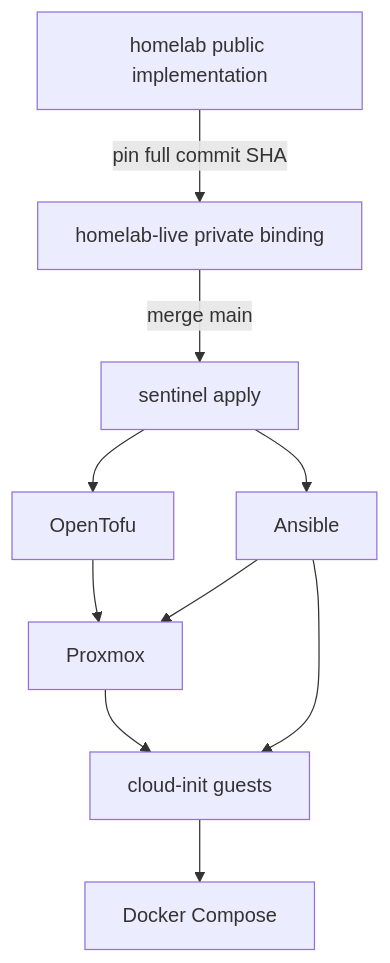
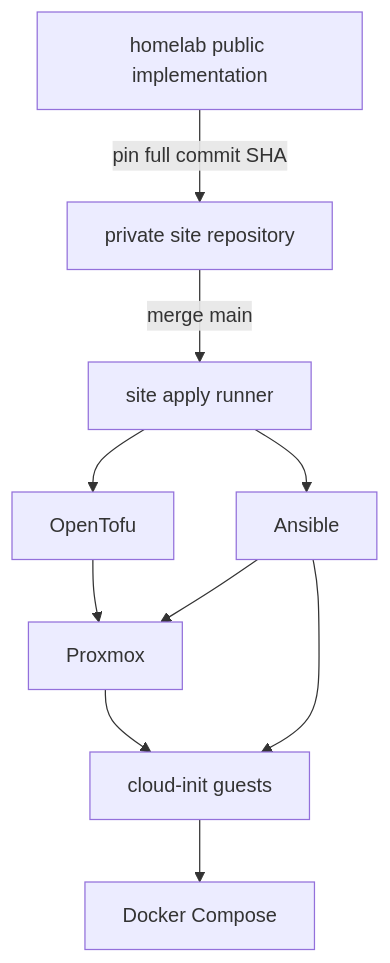
The diagram in README.md (herickmotta/homelab), drawn with Mermaid before and after one commit. The commit also changed other lines of this file and 4 other files, not shown here.

First line of the commit message:
Describe a generic private site repo in public docs.

````diff
--- a/README.md
+++ b/README.md
@@ -16,12 +15,12 @@
 ```mermaid
 flowchart TD
-  public["homelab public implementation"] -->|"pin full commit SHA"| live["homelab-live private binding"]
-  live -->|"merge main"| sentinel["sentinel apply"]
+  public["homelab public implementation"] -->|"pin full commit SHA"| site["private site repository"]
+  site -->|"merge main"| sentinel["site apply runner"]
   sentinel --> tofu["OpenTofu"]
   sentinel --> ansible["Ansible"]
   tofu --> pve["Proxmox"]
   ansible --> pve
   pve --> guests["cloud-init guests"]
   ansible --> guests
   guests --> compose["Docker Compose"]
 ```
````
